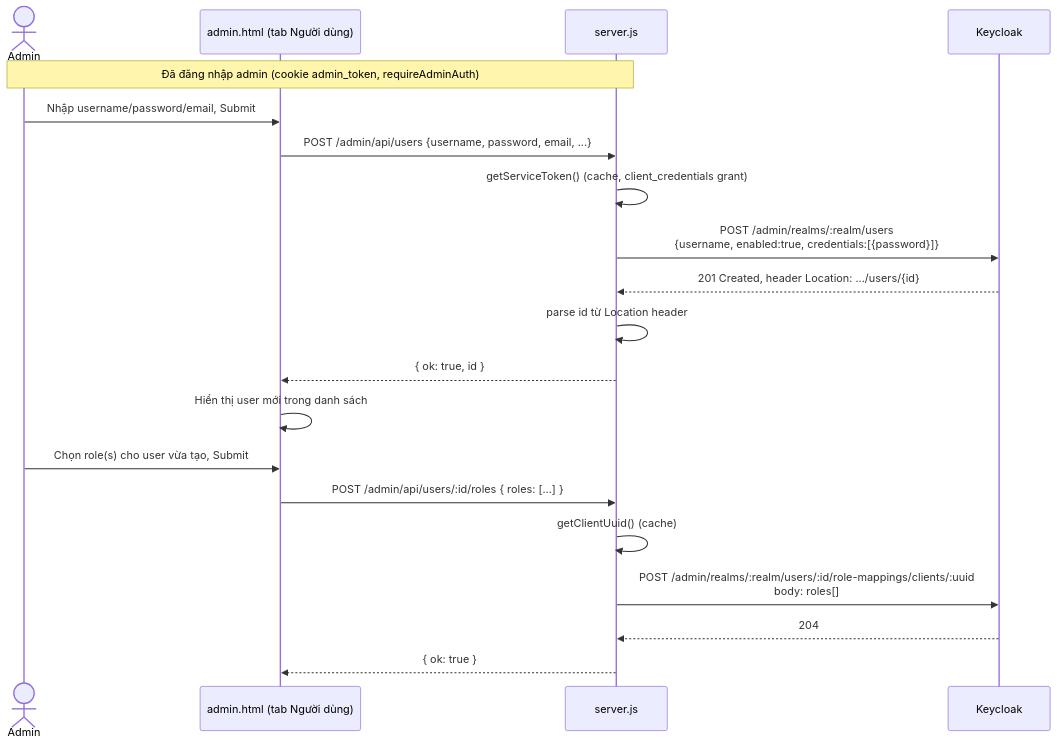
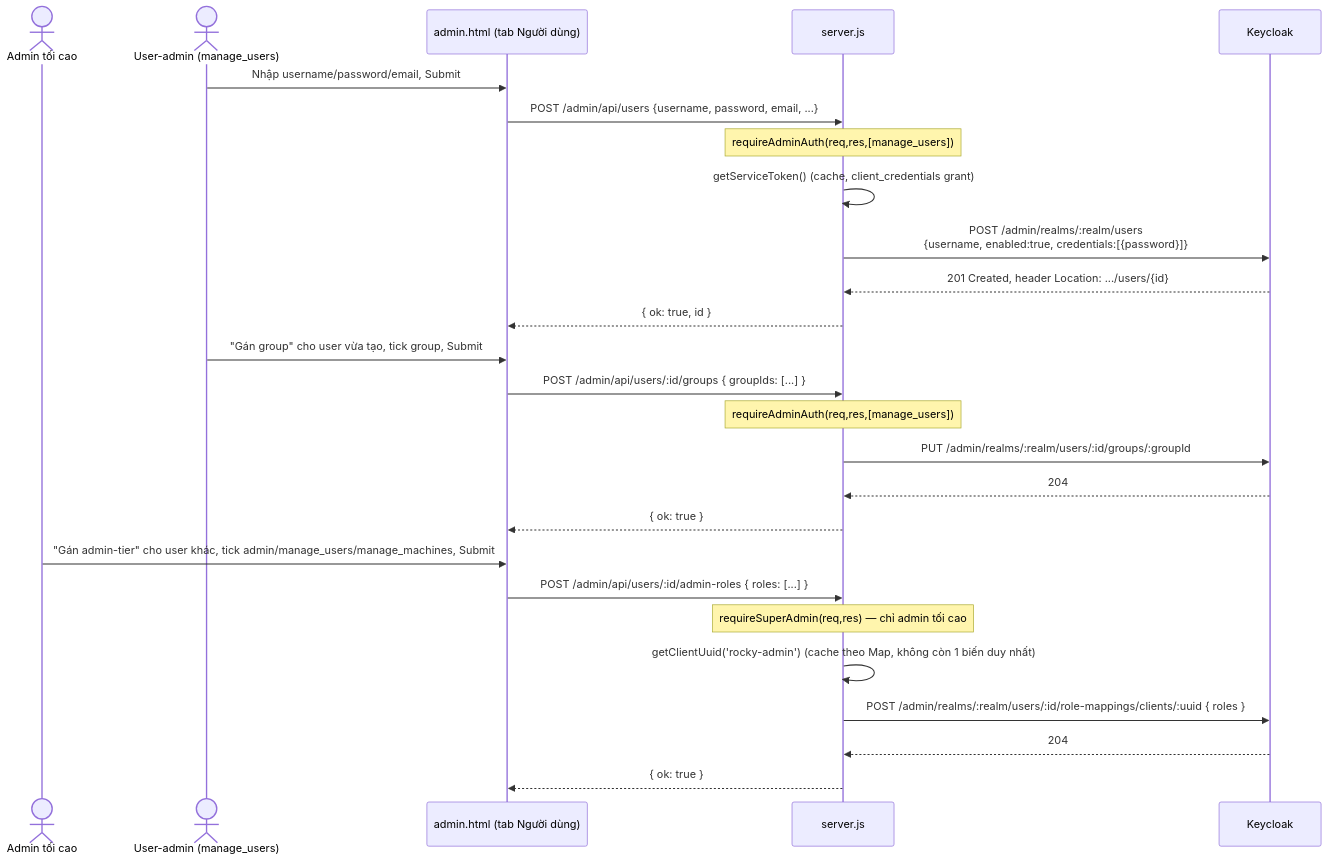
The second of 3 diagrams in docs/admin-ui.md (phanhnd/rustdesk-datn), drawn with Mermaid before and after one commit. The commit also changed other lines of this file and 13 other files, not shown here.

Commit message:
phan quyen admin & user

````diff
--- a/docs/admin-ui.md
+++ b/docs/admin-ui.md
@@ -73,25 +114,31 @@
 ```mermaid
 sequenceDiagram
-    actor Admin
+    actor Super as Admin tối cao
+    actor UAdmin as User-admin (manage_users)
     participant UI as admin.html (tab Người dùng)
     participant GW as server.js
     participant KC as Keycloak
 
-    Note over Admin,GW: Đã đăng nhập admin (cookie admin_token, requireAdminAuth)
-
-    Admin->>UI: Nhập username/password/email, Submit
+    UAdmin->>UI: Nhập username/password/email, Submit
     UI->>GW: POST /admin/api/users {username, password, email, ...}
+    Note over GW: requireAdminAuth(req,res,[manage_users])
     GW->>GW: getServiceToken() (cache, client_credentials grant)
     GW->>KC: POST /admin/realms/:realm/users<br/>{username, enabled:true, credentials:[{password}]}
     KC-->>GW: 201 Created, header Location: .../users/{id}
-    GW->>GW: parse id từ Location header
     GW-->>UI: { ok: true, id }
-    UI->>UI: Hiển thị user mới trong danh sách
 
-    Admin->>UI: Chọn role(s) cho user vừa tạo, Submit
-    UI->>GW: POST /admin/api/users/:id/roles { roles: [...] }
-    GW->>GW: getClientUuid() (cache)
-    GW->>KC: POST /admin/realms/:realm/users/:id/role-mappings/clients/:uuid<br/>body: roles[]
+    UAdmin->>UI: "Gán group" cho user vừa tạo, tick group, Submit
+    UI->>GW: POST /admin/api/users/:id/groups { groupIds: [...] }
+    Note over GW: requireAdminAuth(req,res,[manage_users])
+    GW->>KC: PUT /admin/realms/:realm/users/:id/groups/:groupId
+    KC-->>GW: 204
+    GW-->>UI: { ok: true }
+
+    Super->>UI: "Gán admin-tier" cho user khác, tick admin/manage_users/manage_machines, Submit
+    UI->>GW: POST /admin/api/users/:id/admin-roles { roles: [...] }
+    Note over GW: requireSuperAdmin(req,res) — chỉ admin tối cao
+    GW->>GW: getClientUuid('rocky-admin') (cache theo Map, không còn 1 biến duy nhất)
+    GW->>KC: POST /admin/realms/:realm/users/:id/role-mappings/clients/:uuid { roles }
     KC-->>GW: 204
     GW-->>UI: { ok: true }
 ```
````
